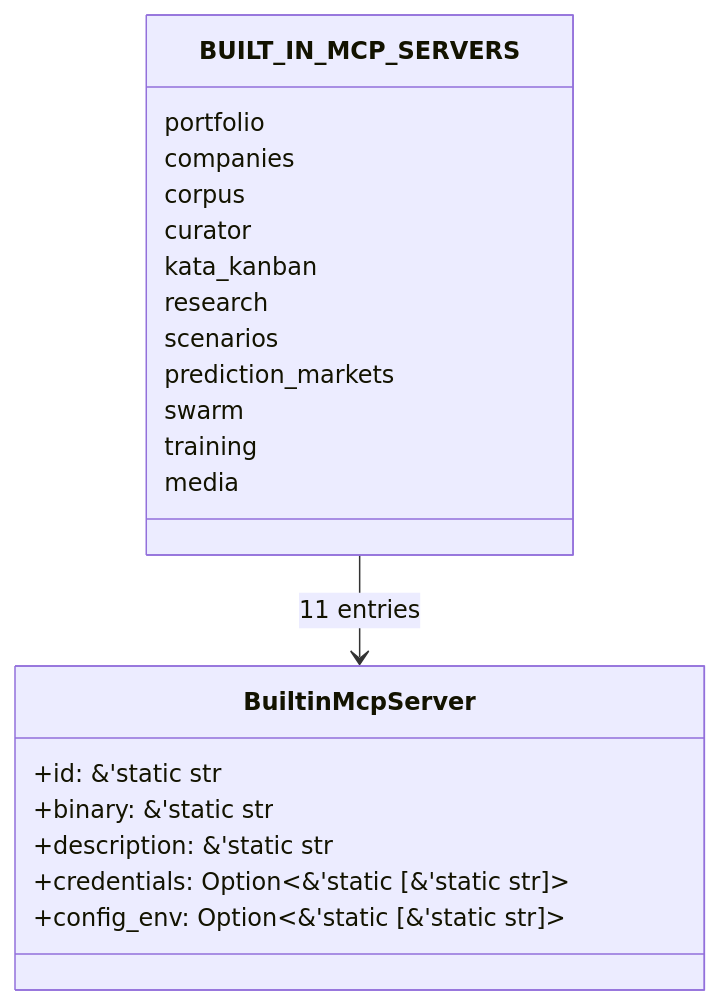
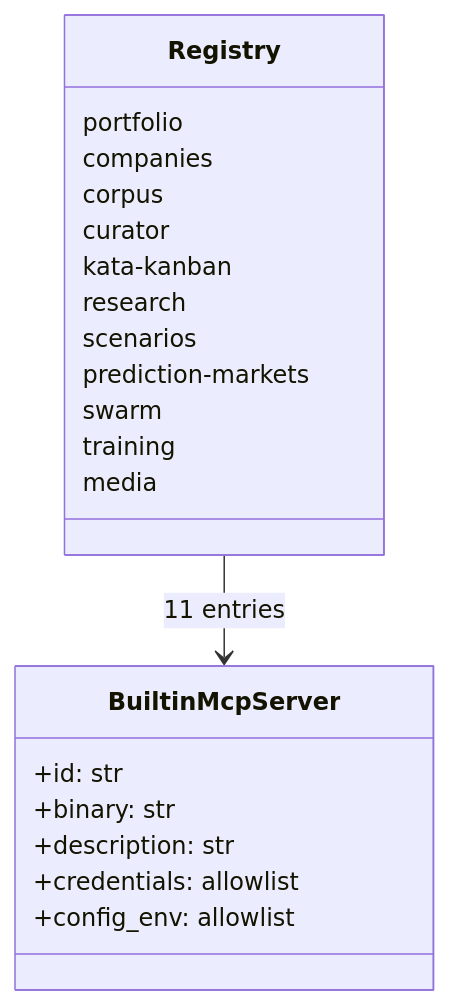
The second of 2 diagrams in kask/docs/diataxis/kask_bridge/reference.md (mdz-axo/zed-kask), drawn with Mermaid before and after one commit. The commit also changed other lines of this file and 15 other files, not shown here.

````diff
--- a/kask/docs/diataxis/kask_bridge/reference.md
+++ b/kask/docs/diataxis/kask_bridge/reference.md
@@ -243,24 +130,24 @@
 ```mermaid
 classDiagram
     class BuiltinMcpServer {
-        +id: &'static str
-        +binary: &'static str
-        +description: &'static str
-        +credentials: Option~&'static [&'static str]~
-        +config_env: Option~&'static [&'static str]~
+        +id: str
+        +binary: str
+        +description: str
+        +credentials: allowlist
+        +config_env: allowlist
     }
-    class BUILT_IN_MCP_SERVERS {
+    class Registry {
         portfolio
         companies
         corpus
         curator
-        kata_kanban
+        kata-kanban
         research
         scenarios
-        prediction_markets
+        prediction-markets
         swarm
         training
         media
     }
-    BUILT_IN_MCP_SERVERS --> BuiltinMcpServer : 11 entries
+    Registry --> BuiltinMcpServer : 11 entries
 ```
````
